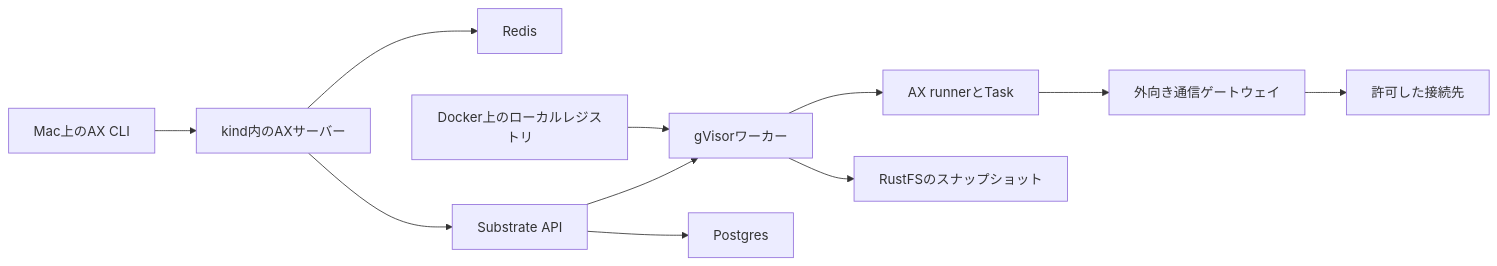
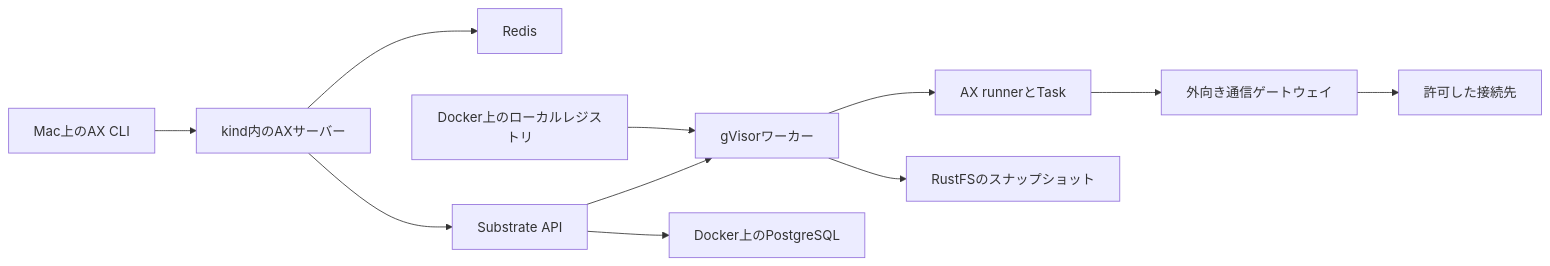
One commit to sori883/agent-workspace changed the diagram in ax-local/README.md. Above: the diagram before and after it, drawn with Mermaid. The commit also changed other lines of this file and 18 other files, not shown here.

````diff
--- a/ax-local/README.md
+++ b/ax-local/README.md
@@ -19,13 +19,13 @@
 ```mermaid
 flowchart LR
     CLI[Mac上のAX CLI] --> AX[kind内のAXサーバー]
     AX --> Redis[Redis]
     AX --> API[Substrate API]
     API --> Worker[gVisorワーカー]
     Worker --> Task[AX runnerとTask]
-    API --> PG[Postgres]
+    API --> PG[Docker上のPostgreSQL]
     Worker --> Store[RustFSのスナップショット]
     Task --> Gateway[外向き通信ゲートウェイ]
     Gateway --> Allowed[許可した接続先]
     Registry[Docker上のローカルレジストリ] --> Worker
 ```
````
